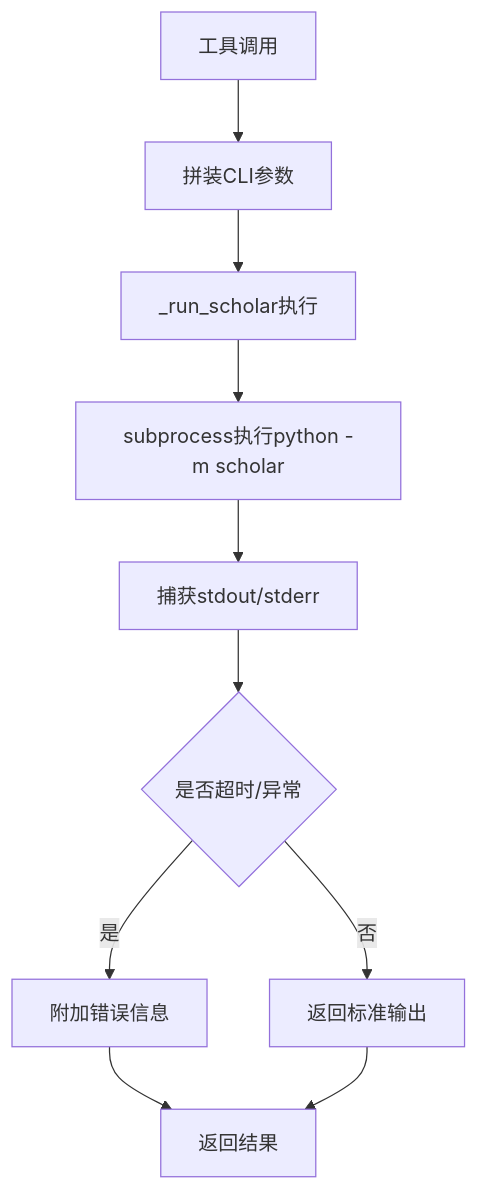
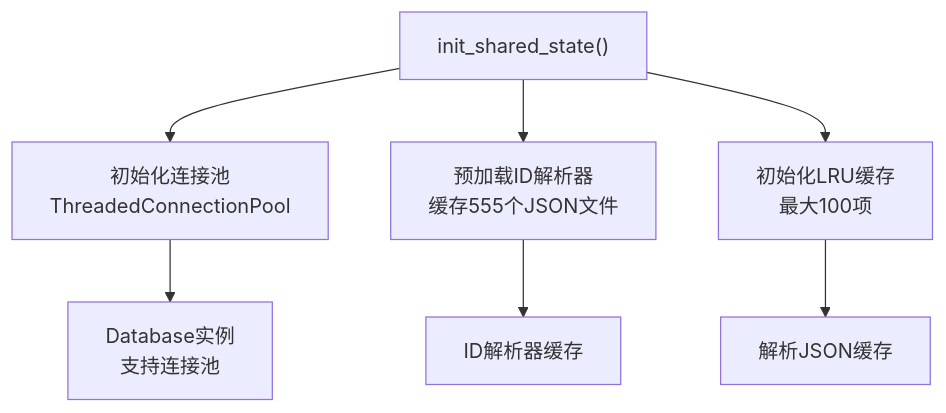
One commit to 1173591564/academic-based-qoder changed the fourth of 7 diagrams in .qoder/repowiki/zh/content/MCP服务系统/MCP服务器架构.md. Above: the diagram before and after it, drawn with Mermaid. The commit also changed other lines of this file and 80 other files, not shown here.

````diff
--- a/.qoder/repowiki/zh/content/MCP服务系统/MCP服务器架构.md
+++ b/.qoder/repowiki/zh/content/MCP服务系统/MCP服务器架构.md
@@ -163,12 +188,9 @@
 ```mermaid
 flowchart TD
-ToolCall["工具调用"] --> BuildArgs["拼装CLI参数"]
-BuildArgs --> RunScholar["_run_scholar执行"]
-RunScholar --> Exec["subprocess执行python -m scholar"]
-Exec --> Capture["捕获stdout/stderr"]
-Capture --> Timeout{"是否超时/异常"}
-Timeout --> |是| Err["附加错误信息"]
-Timeout --> |否| Ok["返回标准输出"]
-Err --> Return["返回结果"]
-Ok --> Return
+Init["init_shared_state()"] --> Pool["初始化连接池<br/>ThreadedConnectionPool"]
+Init --> Resolver["预加载ID解析器<br/>缓存555个JSON文件"]
+Init --> Cache["初始化LRU缓存<br/>最大100项"]
+Pool --> DB["Database实例<br/>支持连接池"]
+Resolver --> ID["ID解析器缓存"]
+Cache --> Parsed["解析JSON缓存"]
 ```
````
